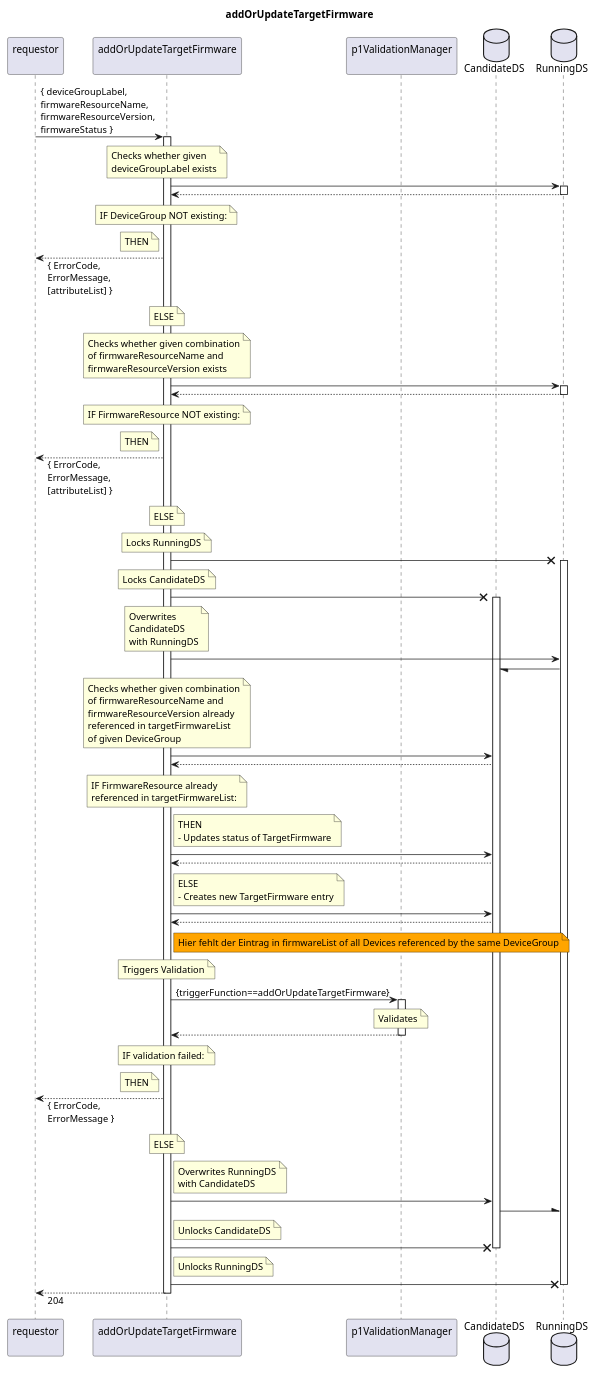
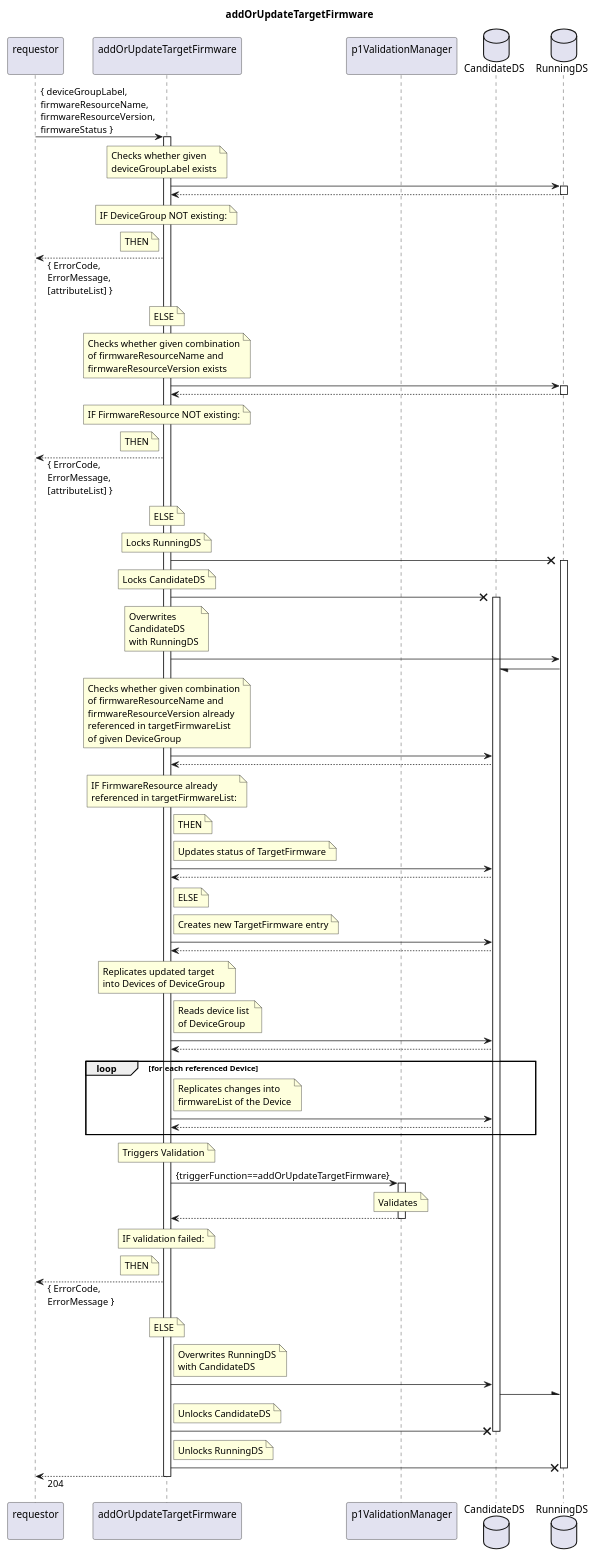
Before and after one commit to openBackhaul/FirmWareManager: the diagram in spec/Services/addOrUpdateTargetFirmware/1.0.0/addOrUpdateTargetFirmware.plantuml, drawn with PlantUML. The commit also changed 8 other files, not shown here.

```diff
--- a/spec/Services/addOrUpdateTargetFirmware/1.0.0/addOrUpdateTargetFirmware.plantuml
+++ b/spec/Services/addOrUpdateTargetFirmware/1.0.0/addOrUpdateTargetFirmware.plantuml
@@ -1,147 +1,165 @@
 @startuml addOrUpdateTargetFirmware
 skinparam responseMessageBelowArrow true
 
 title
   addOrUpdateTargetFirmware
 end title
 
 participant "requestor\n" as requestor
 participant "addOrUpdateTargetFirmware\n" as addTarget
 participant "p1ValidationManager\n" as valiMan
 database "CandidateDS" as CanDS
 database "RunningDS" as RunDS
 
 requestor -> addTarget: { deviceGroupLabel,\nfirmwareResourceName,\nfirmwareResourceVersion,\nfirmwareStatus }
 activate addTarget
 
   note over addTarget
     Checks whether given
     deviceGroupLabel exists
   end note
   addTarget -> RunDS
   activate RunDS
   addTarget <-- RunDS
   deactivate RunDS
   note over addTarget
     IF DeviceGroup NOT existing:
   end note
   note left addTarget
     THEN
   end note
   requestor <-- addTarget: { ErrorCode,\nErrorMessage,\n[attributeList] }
   note over addTarget
     ELSE
   end note
 
   note over addTarget
     Checks whether given combination
     of firmwareResourceName and
     firmwareResourceVersion exists
   end note
   addTarget -> RunDS
   activate RunDS
   addTarget <-- RunDS
   deactivate RunDS
   note over addTarget
     IF FirmwareResource NOT existing:
   end note
   note left addTarget
     THEN
   end note
   requestor <-- addTarget: { ErrorCode,\nErrorMessage,\n[attributeList] }
   note over addTarget
     ELSE
   end note
 
   note over addTarget
     Locks RunningDS
   end note
   addTarget -X RunDS
   activate RunDS
   note over addTarget
     Locks CandidateDS
   end note
   addTarget -X CanDS
   activate CanDS
   note over addTarget
     Overwrites
     CandidateDS
     with RunningDS
   end note
   addTarget -> RunDS
   RunDS -/ CanDS
 
   note over addTarget
     Checks whether given combination
     of firmwareResourceName and
     firmwareResourceVersion already
     referenced in targetFirmwareList
     of given DeviceGroup
   end note
   addTarget -> CanDS
   addTarget <-- CanDS
   note over addTarget
     IF FirmwareResource already
     referenced in targetFirmwareList:
   end note
   note right addTarget
     THEN
-    - Updates status of TargetFirmware
+  end note
+  note right addTarget
+    Updates status of TargetFirmware
   end note
   addTarget -> CanDS
   addTarget <-- CanDS
   note right addTarget
     ELSE
-    - Creates new TargetFirmware entry
+  end note
+  note right addTarget
+    Creates new TargetFirmware entry
   end note
   addTarget -> CanDS
   addTarget <-- CanDS
 
-  note right addTarget #Orange
-    Hier fehlt der Eintrag in firmwareList of all Devices referenced by the same DeviceGroup
+  note over addTarget
+    Replicates updated target
+    into Devices of DeviceGroup
   end note
-
+  note right addTarget
+    Reads device list 
+    of DeviceGroup
+  end note
+  addTarget -> CanDS
+  addTarget <-- CanDS
+  loop for each referenced Device
+    note right addTarget
+      Replicates changes into
+      firmwareList of the Device
+    end note
+    addTarget -> CanDS
+    addTarget <-- CanDS
+  end loop
 
   note over addTarget
     Triggers Validation
   end note
   addTarget -> valiMan: {triggerFunction==addOrUpdateTargetFirmware}
   activate valiMan
     note over valiMan
       Validates
     end note
   addTarget <-- valiMan
   deactivate valiMan
   note over addTarget
     IF validation failed:
   end note
   note left addTarget
     THEN
   end note
   requestor <-- addTarget: { ErrorCode,\nErrorMessage }
   note over addTarget
     ELSE
   end note
 
   note right addTarget
     Overwrites RunningDS
     with CandidateDS
   end note
   addTarget -> CanDS
   CanDS -\ RunDS
   note right addTarget
     Unlocks CandidateDS
   end note
   addTarget -X CanDS
   deactivate CanDS
   note right addTarget
     Unlocks RunningDS
   end note
   addTarget -X RunDS
   deactivate RunDS
 
   requestor <-- addTarget: 204
 
 deactivate addTarget
 
 @enduml
```
